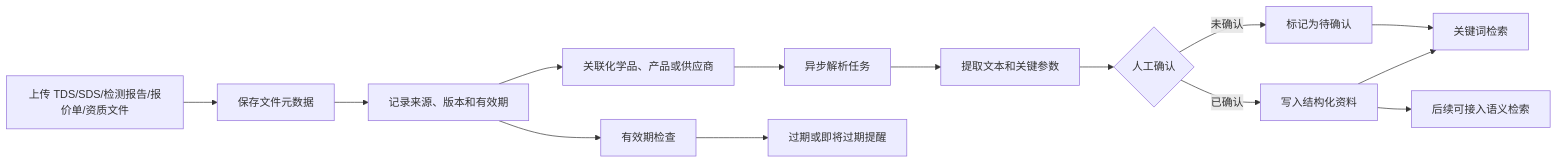
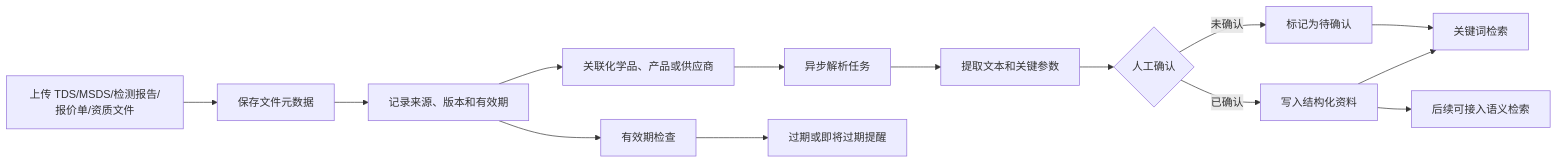
The fifth of 8 diagrams in docs/业务流程与业务关系图.md (jialexiao341-glitch/chemical-ops), drawn with Mermaid before and after one commit. The commit also changed other lines of this file and 7 other files, not shown here.

````diff
--- a/docs/业务流程与业务关系图.md
+++ b/docs/业务流程与业务关系图.md
@@ -157,16 +157,16 @@
 ```mermaid
 flowchart LR
-    A[上传 TDS/SDS/检测报告/报价单/资质文件] --> B[保存文件元数据]
+    A[上传 TDS/MSDS/检测报告/报价单/资质文件] --> B[保存文件元数据]
     B --> C[记录来源、版本和有效期]
     C --> D[关联化学品、产品或供应商]
     D --> E[异步解析任务]
     E --> F[提取文本和关键参数]
     F --> G{人工确认}
     G -- 未确认 --> H[标记为待确认]
     G -- 已确认 --> I[写入结构化资料]
     I --> J[关键词检索]
     I --> K[后续可接入语义检索]
     H --> J
     C --> L[有效期检查]
     L --> M[过期或即将过期提醒]
 ```
````
